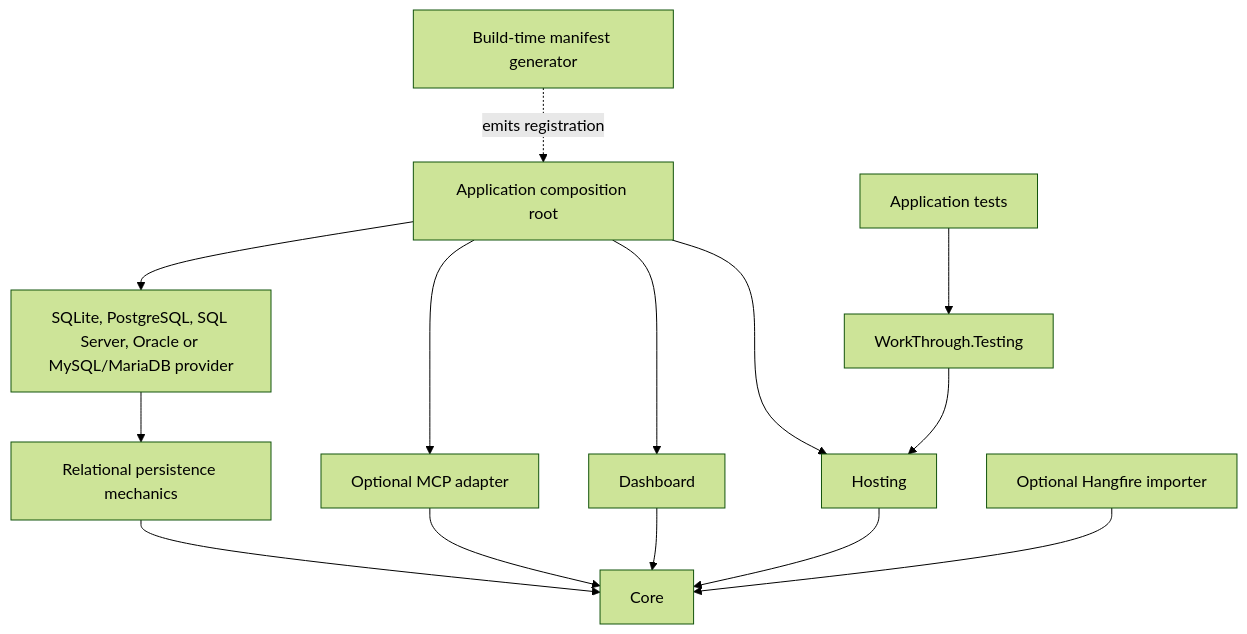
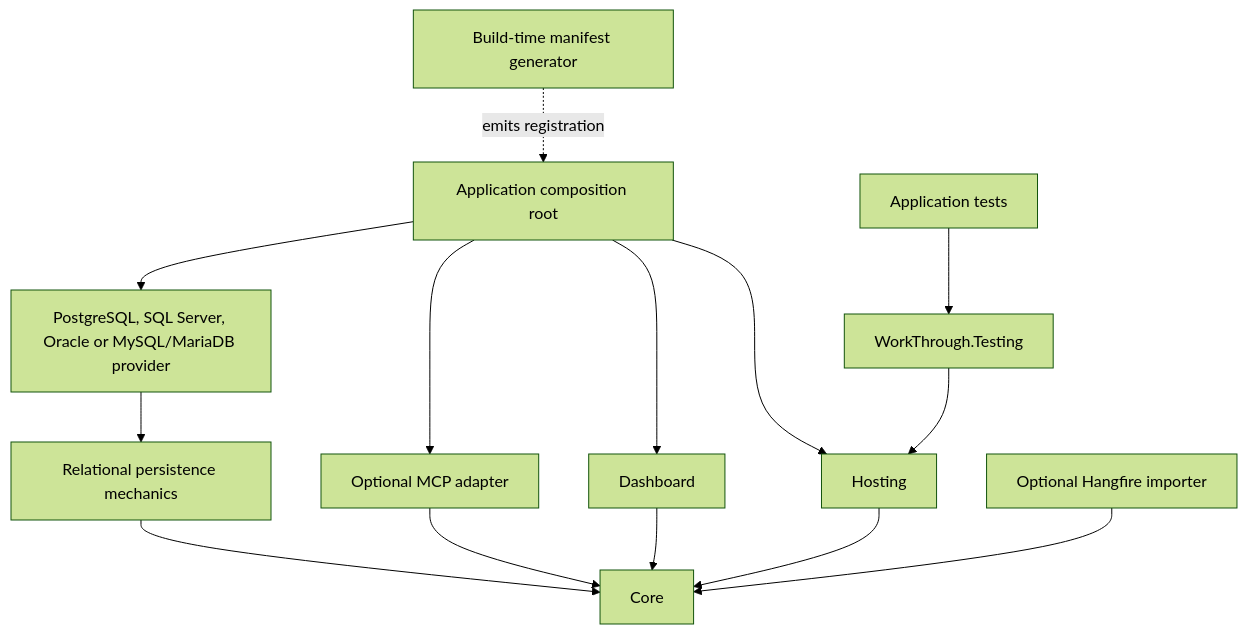
The diagram in docs/architecture.md (SDKexplorer/WorkThrough), drawn with Mermaid (forest theme) before and after one commit. The commit also changed 90 other files, not shown here.

First line of the commit message:
Remove the SQLite provider

````diff
--- a/docs/architecture.md
+++ b/docs/architecture.md
@@ -7,16 +7,16 @@
 ```mermaid
 flowchart TD
     Sample[Application composition root] --> Hosting
     Sample --> Dashboard
     Sample --> Mcp[Optional MCP adapter]
-    Sample --> Provider[SQLite, PostgreSQL, SQL Server, Oracle or MySQL/MariaDB provider]
+    Sample --> Provider[PostgreSQL, SQL Server, Oracle or MySQL/MariaDB provider]
     Provider --> Relational[Relational persistence mechanics]
     Tests[Application tests] --> Testing[WorkThrough.Testing]
     Testing --> Hosting
     Migration[Optional Hangfire importer] --> Core
     Hosting --> Core
     Dashboard --> Core
     Mcp --> Core
     Relational --> Core
     Generator[Build-time manifest generator] -. emits registration .-> Sample
 ```
````
